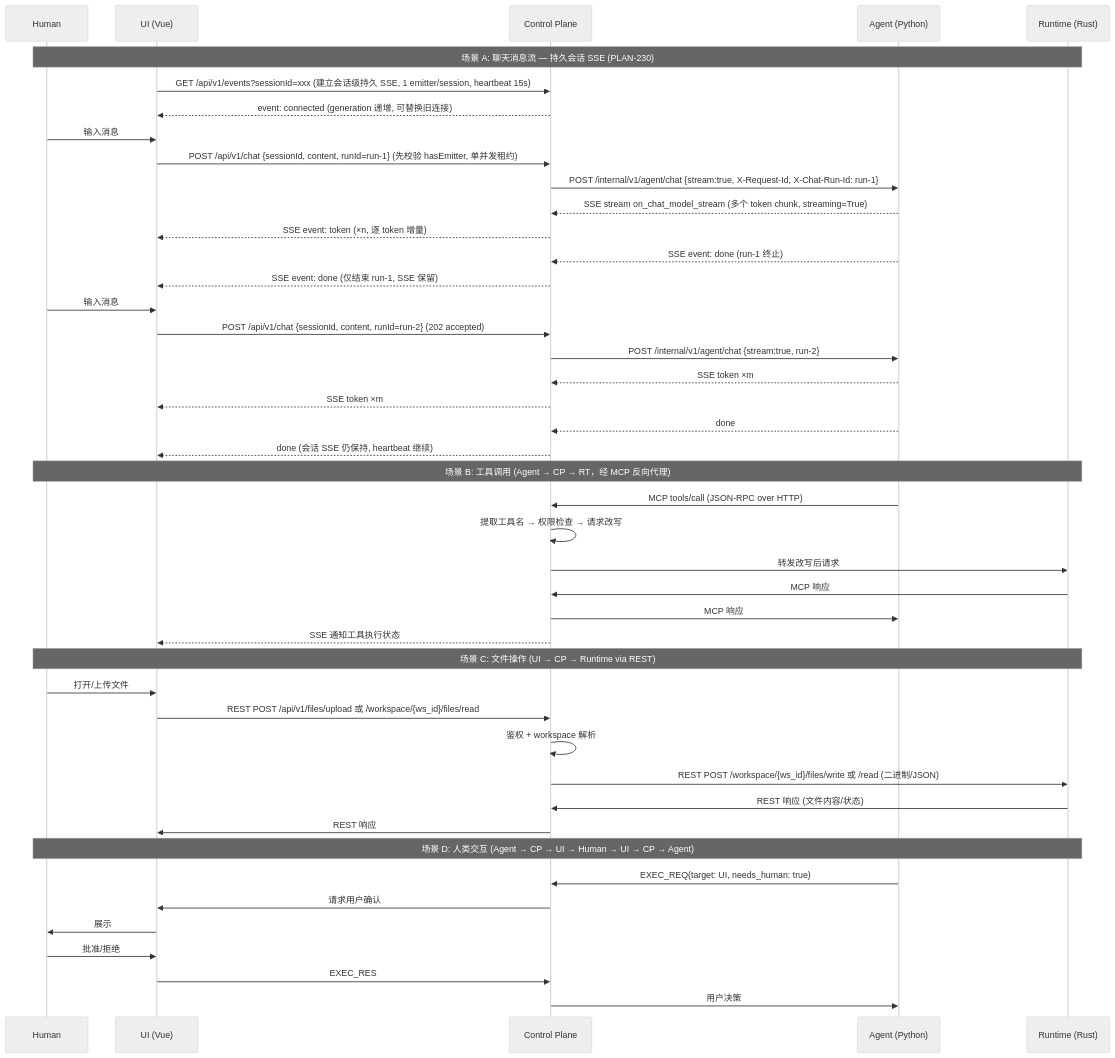
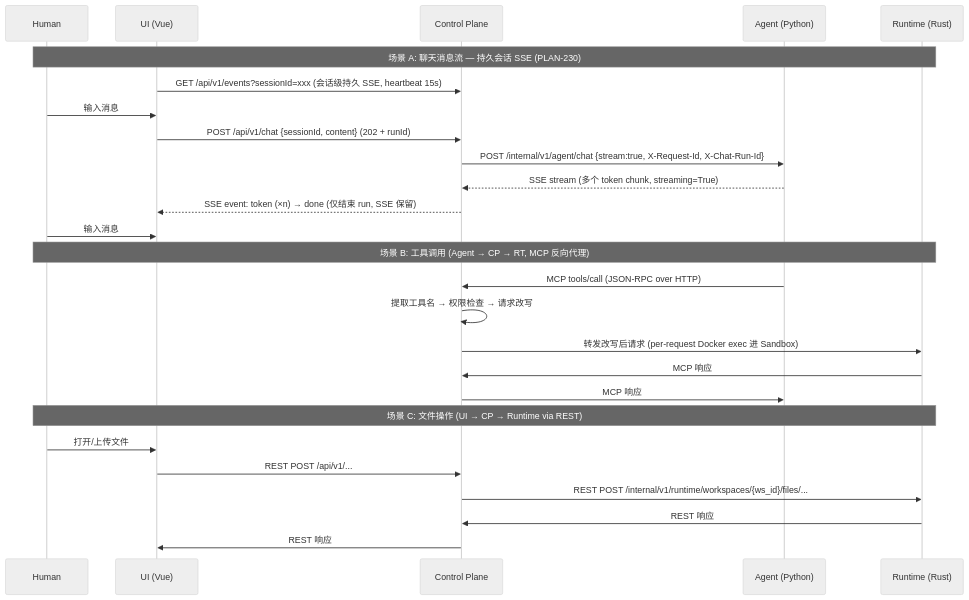
Before and after one commit to cc01cc/xihe-project: the diagram in docs/i18n/zh-Hans/DEV-001-system-architecture.md, drawn with Mermaid. The commit also changed other lines of this file and 3 other files, not shown here.

````diff
--- a/docs/i18n/zh-Hans/DEV-001-system-architecture.md
+++ b/docs/i18n/zh-Hans/DEV-001-system-architecture.md
@@ -220,51 +67,32 @@
 ```mermaid
 %%{init: {'theme': 'neutral'}}%%
 sequenceDiagram
   participant Human
   participant UI as UI (Vue)
   participant CP as Control Plane
   participant Agent as Agent (Python)
   participant RT as Runtime (Rust)
 
   Note over Human,RT: 场景 A: 聊天消息流 — 持久会话 SSE (PLAN-230)
-  UI->>CP: GET /api/v1/events?sessionId=xxx (建立会话级持久 SSE, 1 emitter/session, heartbeat 15s)
-  CP-->>UI: event: connected (generation 递增, 可替换旧连接)
+  UI->>CP: GET /api/v1/events?sessionId=xxx (会话级持久 SSE, heartbeat 15s)
   Human->>UI: 输入消息 #1
-  UI->>CP: POST /api/v1/chat {sessionId, content, runId=run-1} (先校验 hasEmitter, 单并发租约)
-  CP->>Agent: POST /internal/v1/agent/chat {stream:true, X-Request-Id, X-Chat-Run-Id: run-1}
-  Agent-->>CP: SSE stream on_chat_model_stream (多个 token chunk, streaming=True)
-  CP-->>UI: SSE event: token (×n, 逐 token 增量)
-  Agent-->>CP: SSE event: done (run-1 终止)
-  CP-->>UI: SSE event: done (仅结束 run-1, SSE 保留)
-  Human->>UI: 输入消息 #2 (无需重建 SSE, 同一连接复用)
-  UI->>CP: POST /api/v1/chat {sessionId, content, runId=run-2} (202 accepted)
-  CP->>Agent: POST /internal/v1/agent/chat {stream:true, run-2}
-  Agent-->>CP: SSE token ×m
-  CP-->>UI: SSE token ×m
-  Agent-->>CP: done
-  CP-->>UI: done (会话 SSE 仍保持, heartbeat 继续)
+  UI->>CP: POST /api/v1/chat {sessionId, content} (202 + runId)
+  CP->>Agent: POST /internal/v1/agent/chat {stream:true, X-Request-Id, X-Chat-Run-Id}
+  Agent-->>CP: SSE stream (多个 token chunk, streaming=True)
+  CP-->>UI: SSE event: token (×n) → done (仅结束 run, SSE 保留)
+  Human->>UI: 输入消息 #2 (同一连接复用, 无需重建 SSE)
 
-  Note over Human,RT: 场景 B: 工具调用 (Agent → CP → RT，经 MCP 反向代理)
+  Note over Human,RT: 场景 B: 工具调用 (Agent → CP → RT, MCP 反向代理)
   Agent->>CP: MCP tools/call (JSON-RPC over HTTP)
   CP->>CP: 提取工具名 → 权限检查 → 请求改写
-  CP->>RT: 转发改写后请求
+  CP->>RT: 转发改写后请求 (per-request Docker exec 进 Sandbox)
   RT->>CP: MCP 响应
   CP->>Agent: MCP 响应
-  CP-->>UI: SSE 通知工具执行状态
 
   Note over Human,RT: 场景 C: 文件操作 (UI → CP → Runtime via REST)
   Human->>UI: 打开/上传文件
-  UI->>CP: REST POST /api/v1/files/upload 或 /workspace/{ws_id}/files/read
-  CP->>CP: 鉴权 + workspace 解析
-  CP->>RT: REST POST /workspace/{ws_id}/files/write 或 /read (二进制/JSON)
-  RT->>CP: REST 响应 (文件内容/状态)
+  UI->>CP: REST POST /api/v1/...
+  CP->>RT: REST POST /internal/v1/runtime/workspaces/{ws_id}/files/...
+  RT->>CP: REST 响应
   CP->>UI: REST 响应
-
-  Note over Human,RT: 场景 D: 人类交互 (Agent → CP → UI → Human → UI → CP → Agent)
-  Agent->>CP: EXEC_REQ(target: UI, needs_human: true)
-  CP->>UI: 请求用户确认
-  UI->>Human: 展示
-  Human->>UI: 批准/拒绝
-  UI->>CP: EXEC_RES
-  CP->>Agent: 用户决策
 ```
````
